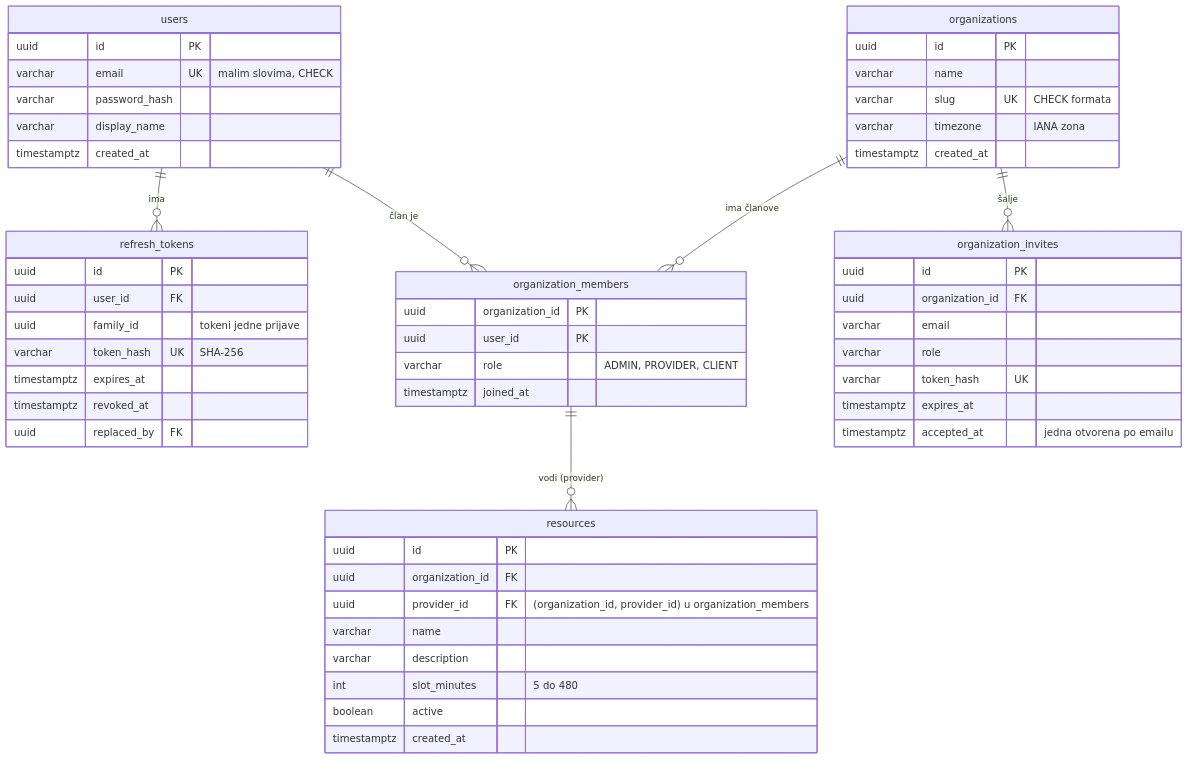
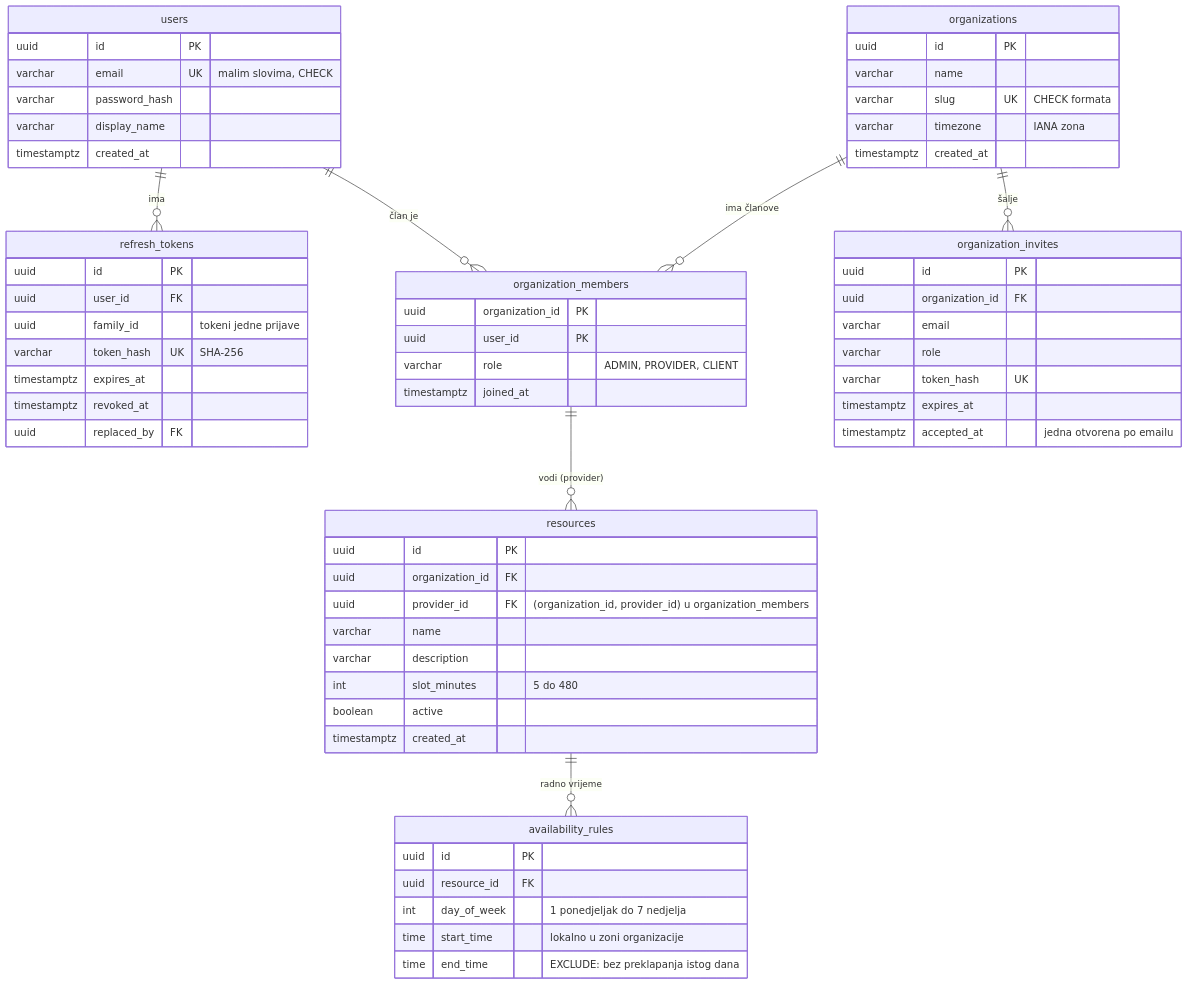
The second of 2 diagrams in docs/ARHITEKTURA.md (eminahbabovich/SlotBook), drawn with Mermaid before and after one commit. The commit also changed other lines of this file and 20 other files, not shown here.

Commit message:
Sedmično radno vrijeme resursa: lokalno vrijeme, EXCLUDE bez preklapanja, PUT zaključa resurs

````diff
--- a/docs/ARHITEKTURA.md
+++ b/docs/ARHITEKTURA.md
@@ -43,57 +43,65 @@
 ```mermaid
 erDiagram
     users ||--o{ refresh_tokens : "ima"
     users ||--o{ organization_members : "član je"
     organizations ||--o{ organization_members : "ima članove"
     organizations ||--o{ organization_invites : "šalje"
     organization_members ||--o{ resources : "vodi (provider)"
+    resources ||--o{ availability_rules : "radno vrijeme"
 
     users {
         uuid id PK
         varchar email UK "malim slovima, CHECK"
         varchar password_hash
         varchar display_name
         timestamptz created_at
     }
     refresh_tokens {
         uuid id PK
         uuid user_id FK
         uuid family_id "tokeni jedne prijave"
         varchar token_hash UK "SHA-256"
         timestamptz expires_at
         timestamptz revoked_at
         uuid replaced_by FK
     }
     organizations {
         uuid id PK
         varchar name
         varchar slug UK "CHECK formata"
         varchar timezone "IANA zona"
         timestamptz created_at
     }
     organization_members {
         uuid organization_id PK
         uuid user_id PK
         varchar role "ADMIN, PROVIDER, CLIENT"
         timestamptz joined_at
     }
     organization_invites {
         uuid id PK
         uuid organization_id FK
         varchar email
         varchar role
         varchar token_hash UK
         timestamptz expires_at
         timestamptz accepted_at "jedna otvorena po emailu"
     }
     resources {
         uuid id PK
         uuid organization_id FK
         uuid provider_id FK "(organization_id, provider_id) u organization_members"
         varchar name
         varchar description
         int slot_minutes "5 do 480"
         boolean active
         timestamptz created_at
     }
+    availability_rules {
+        uuid id PK
+        uuid resource_id FK
+        int day_of_week "1 ponedjeljak do 7 nedjelja"
+        time start_time "lokalno u zoni organizacije"
+        time end_time "EXCLUDE: bez preklapanja istog dana"
+    }
 ```
````
